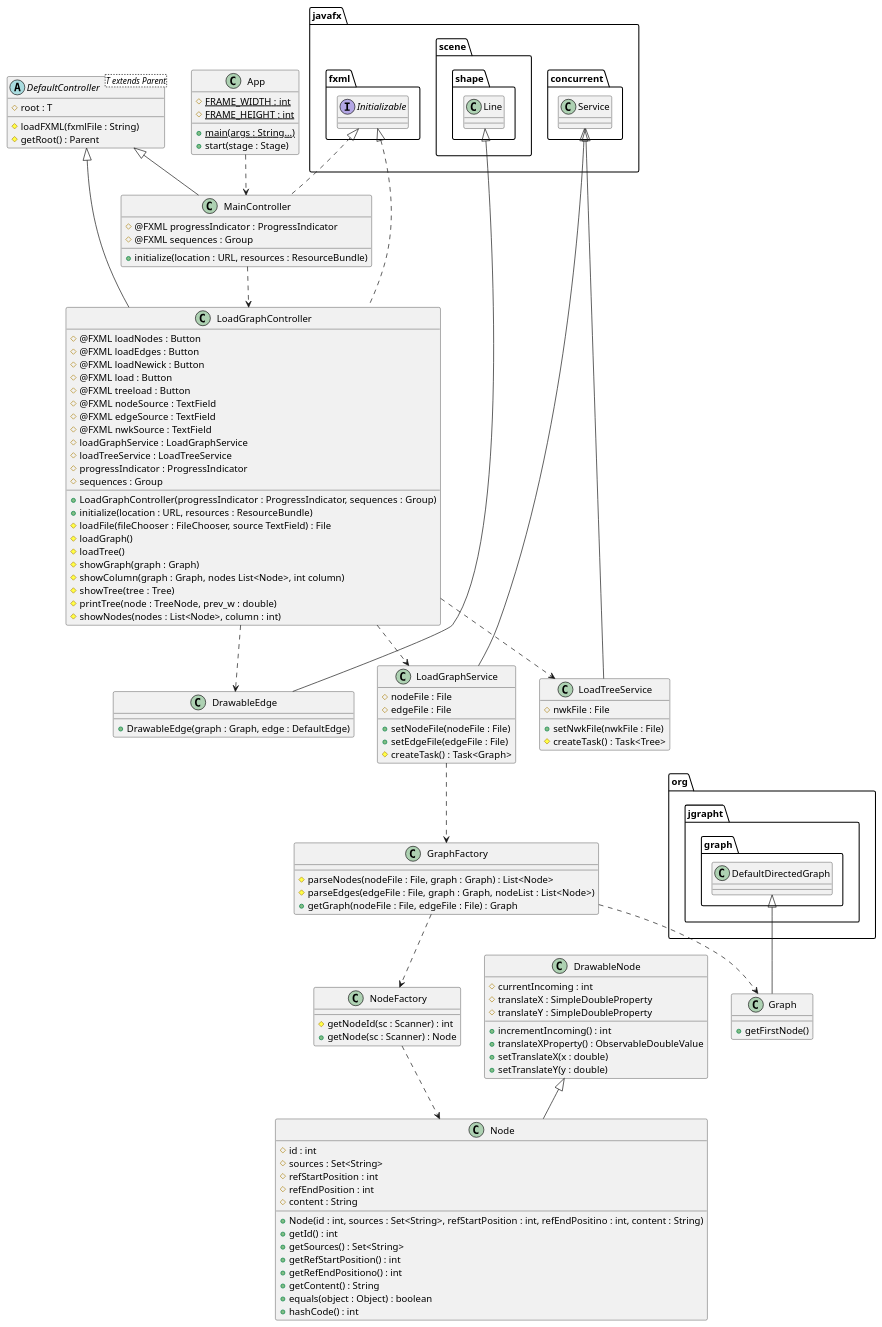
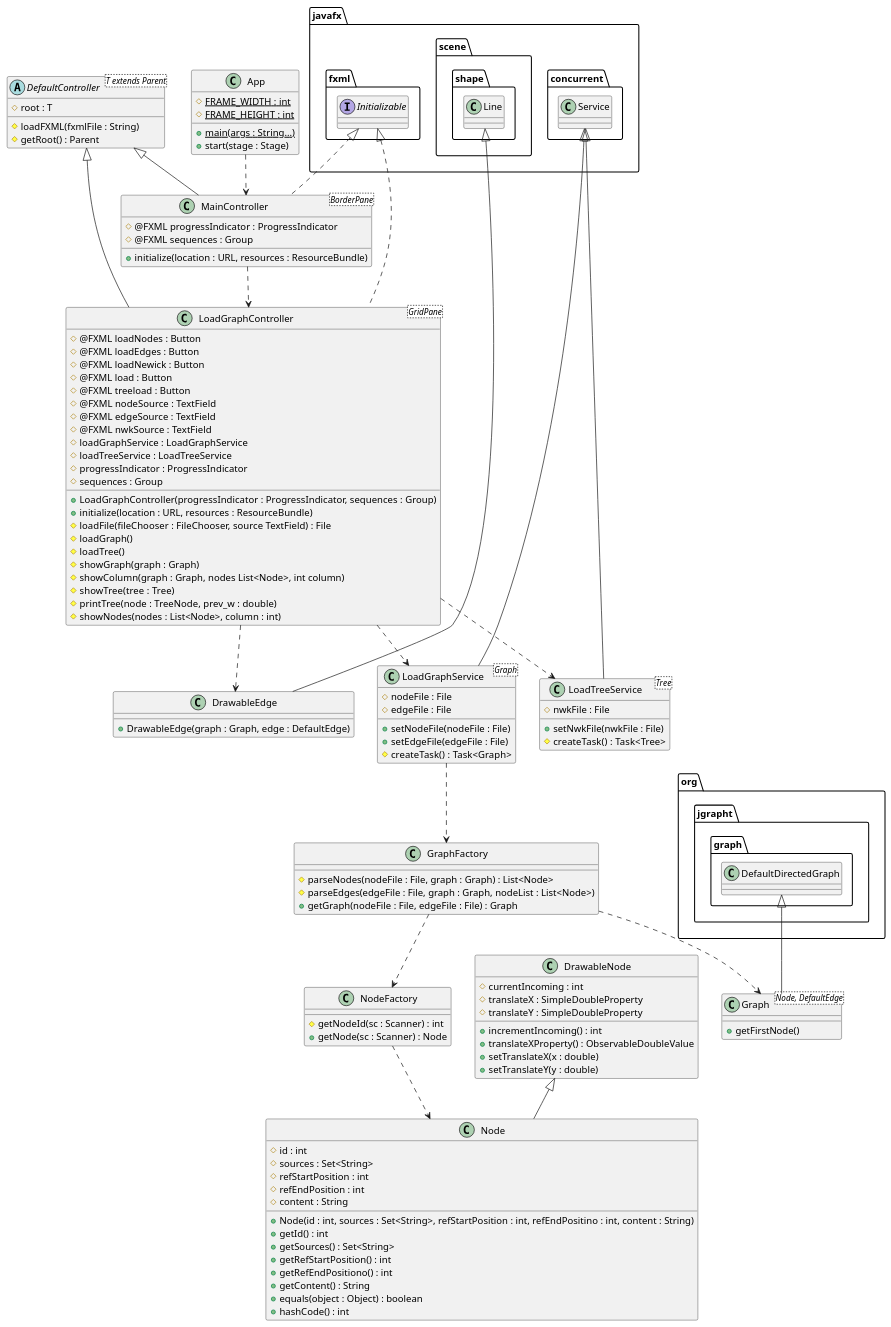
Before and after one commit to ProgrammingLife2015/geex: the diagram in diagrams/ProgrammingLife.puml, drawn with PlantUML.

Commit message:
Model generics of external classes

```diff
--- a/diagrams/ProgrammingLife.puml
+++ b/diagrams/ProgrammingLife.puml
@@ -1,120 +1,120 @@
 @startuml
 class App {
     {static} # FRAME_WIDTH : int
     {static} # FRAME_HEIGHT : int
 
     {static} +main(args : String...)
     +start(stage : Stage)
 }
 
 class DrawableEdge extends javafx.scene.shape.Line {
     +DrawableEdge(graph : Graph, edge : DefaultEdge)
 }
 class DrawableNode {
     # currentIncoming : int
     # translateX : SimpleDoubleProperty
     # translateY : SimpleDoubleProperty
     +incrementIncoming() : int
     +translateXProperty() : ObservableDoubleValue
     +setTranslateX(x : double)
     +setTranslateY(y : double)
 }
 
 abstract class DefaultController<T extends Parent> {
     # root : T
     #loadFXML(fxmlFile : String)
     #getRoot() : Parent
 }
 
-class MainController extends DefaultController implements javafx.fxml.Initializable {
+class MainController<BorderPane> extends DefaultController implements javafx.fxml.Initializable {
     # @FXML progressIndicator : ProgressIndicator
     # @FXML sequences : Group
     +initialize(location : URL, resources : ResourceBundle)
 }
 
-class LoadGraphController extends DefaultController implements javafx.fxml.Initializable {
+class LoadGraphController<GridPane> Extends DefaultController implements javafx.fxml.Initializable {
     # @FXML loadNodes : Button
     # @FXML loadEdges : Button
     # @FXML loadNewick : Button
     # @FXML load : Button
     # @FXML treeload : Button
     # @FXML nodeSource : TextField
     # @FXML edgeSource : TextField
     # @FXML nwkSource : TextField
     # loadGraphService : LoadGraphService
     # loadTreeService : LoadTreeService
     # progressIndicator : ProgressIndicator
     # sequences : Group
 
     +LoadGraphController(progressIndicator : ProgressIndicator, sequences : Group)
     +initialize(location : URL, resources : ResourceBundle)
     #loadFile(fileChooser : FileChooser, source TextField) : File
     #loadGraph()
     #loadTree()
     #showGraph(graph : Graph)
     #showColumn(graph : Graph, nodes List<Node>, int column)
     #showTree(tree : Tree)
     #printTree(node : TreeNode, prev_w : double)
     #showNodes(nodes : List<Node>, column : int)
 }
 
 
 class Node extends DrawableNode {
     # id : int
     # sources : Set<String>
     # refStartPosition : int
     # refEndPosition : int
     # content : String
 
     +Node(id : int, sources : Set<String>, refStartPosition : int, refEndPositino : int, content : String)
     +getId() : int
     +getSources() : Set<String>
     +getRefStartPosition() : int
     +getRefEndPositiono() : int
     +getContent() : String
     +equals(object : Object) : boolean
     +hashCode() : int
 }
 class NodeFactory {
     #getNodeId(sc : Scanner) : int
     +getNode(sc : Scanner) : Node
 }
 
-class Graph extends org.jgrapht.graph.DefaultDirectedGraph {
+class Graph<Node, DefaultEdge> extends org.jgrapht.graph.DefaultDirectedGraph {
     +getFirstNode()
 }
 class GraphFactory {
     #parseNodes(nodeFile : File, graph : Graph) : List<Node>
     #parseEdges(edgeFile : File, graph : Graph, nodeList : List<Node>)
     +getGraph(nodeFile : File, edgeFile : File) : Graph
 }
 
-class LoadGraphService extends javafx.concurrent.Service {
+class LoadGraphService<Graph> extends javafx.concurrent.Service {
     # nodeFile : File
     # edgeFile : File
 
     +setNodeFile(nodeFile : File)
     +setEdgeFile(edgeFile : File)
     #createTask() : Task<Graph>
 }
-class LoadTreeService extends javafx.concurrent.Service {
+class LoadTreeService<Tree> extends javafx.concurrent.Service {
     # nwkFile : File
 
     +setNwkFile(nwkFile : File)
     #createTask() : Task<Tree>
 }
 
 GraphFactory ..> Graph
 GraphFactory ..> NodeFactory
 
 NodeFactory ..> Node
 
 App ..> MainController
 MainController ..> LoadGraphController
 
 LoadGraphController ..> DrawableEdge
 LoadGraphController ..> LoadGraphService
 LoadGraphController ..> LoadTreeService
 
 LoadGraphService ..> GraphFactory
 @enduml
```
